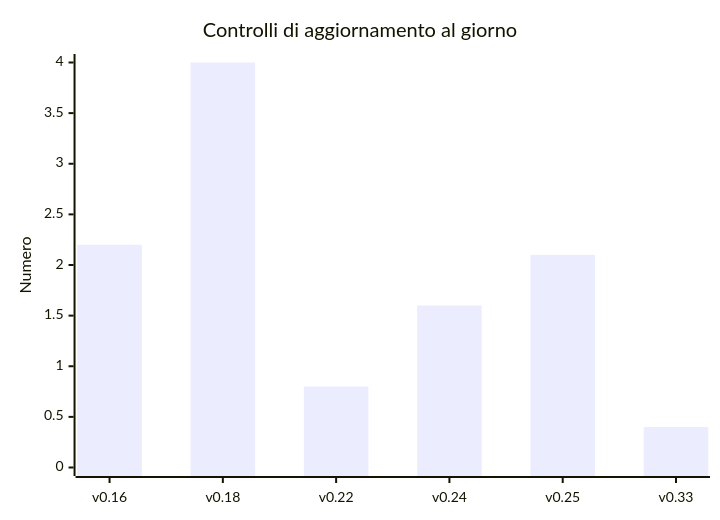
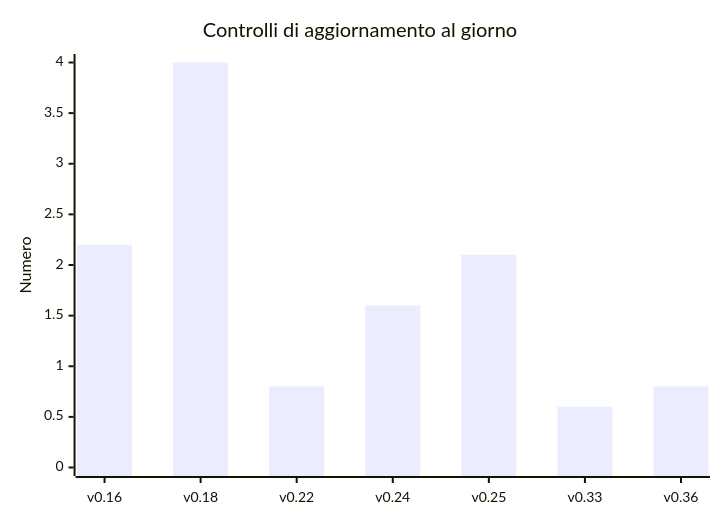
Before and after one commit to napo/analisirefertogara: the first of 2 diagrams in README.md, drawn with Mermaid. The commit also changed other lines of this file and 1 other file, not shown here.

````diff
--- a/README.md
+++ b/README.md
@@ -26,7 +27,7 @@
 ```mermaid
 xychart-beta
   title "Controlli di aggiornamento al giorno"
-  x-axis ["v0.16", "v0.18", "v0.22", "v0.24", "v0.25", "v0.33"]
+  x-axis ["v0.16", "v0.18", "v0.22", "v0.24", "v0.25", "v0.33", "v0.36"]
   y-axis "Numero" 0 --> 4
-  bar [2.2, 4, 0.8, 1.6, 2.1, 0.4]
+  bar [2.2, 4, 0.8, 1.6, 2.1, 0.6, 0.8]
 ```
````
